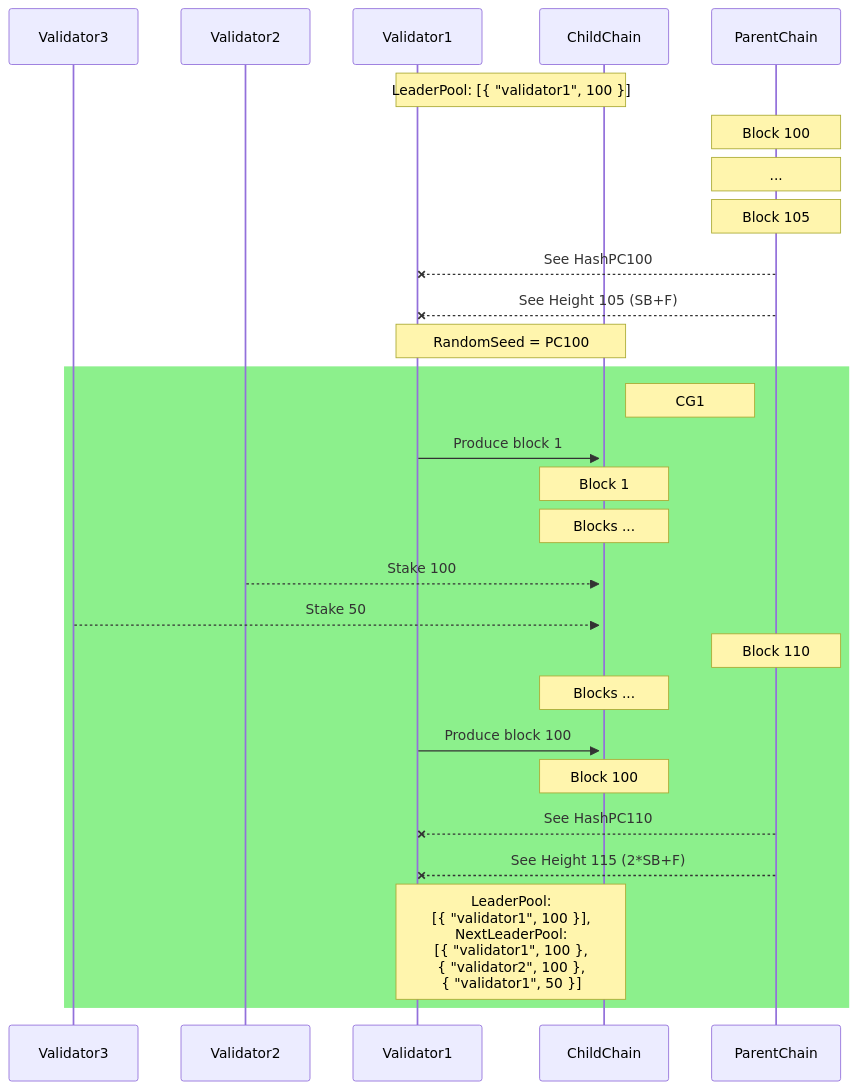
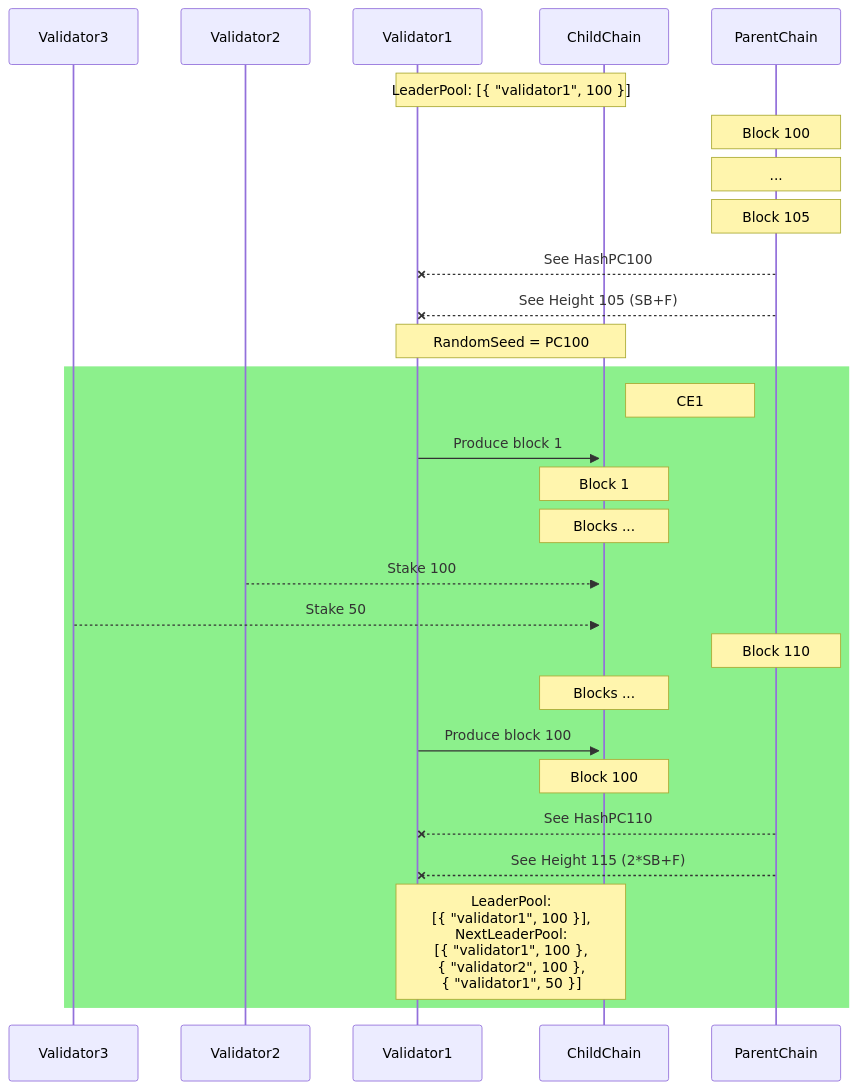
One commit to aeternity/hyperchains-whitepaper changed the third of 5 diagrams in Periodically-Syncing-HyperChains.md. Above: the diagram before and after it, drawn with Mermaid. The commit also changed other lines of this file, not shown here.

Commit message:
More CG instead of CE (epoch)

````diff
--- a/Periodically-Syncing-HyperChains.md
+++ b/Periodically-Syncing-HyperChains.md
@@ -335,33 +335,33 @@
 ```mermaid
 sequenceDiagram
     participant Validator3
     participant Validator2
     participant Validator1
     participant ChildChain
     participant ParentChain
 
     Note over Validator1,ChildChain: LeaderPool: [{ "validator1", 100 }]
 
     Note over ParentChain: Block 100
     Note over ParentChain: ...
     Note over ParentChain: Block 105
     ParentChain--xValidator1: See HashPC100
     ParentChain--xValidator1: See Height 105 (SB+F)
     Note over Validator1,ChildChain: RandomSeed = PC100
 
     rect rgb(140, 240, 140)
-      note right of ChildChain: CG1
+      note right of ChildChain: CE1
       Validator1->>+ChildChain: Produce block 1
       Note over ChildChain: Block 1
       Note over ChildChain: Blocks ...
       Validator2-->>+ChildChain: Stake 100
       Validator3-->>+ChildChain: Stake 50
       Note over ParentChain: Block 110
       Note over ChildChain: Blocks ...
       Validator1->>+ChildChain: Produce block 100
       Note over ChildChain: Block 100
       ParentChain--xValidator1: See HashPC110
       ParentChain--xValidator1: See Height 115 (2*SB+F)
       Note over Validator1,ChildChain: LeaderPool:<br/> [{ "validator1", 100 }], <br/>NextLeaderPool:<br/> [{ "validator1", 100 },<br/> { "validator2", 100 },<br/> { "validator1", 50 }]
     end
 ```
````
